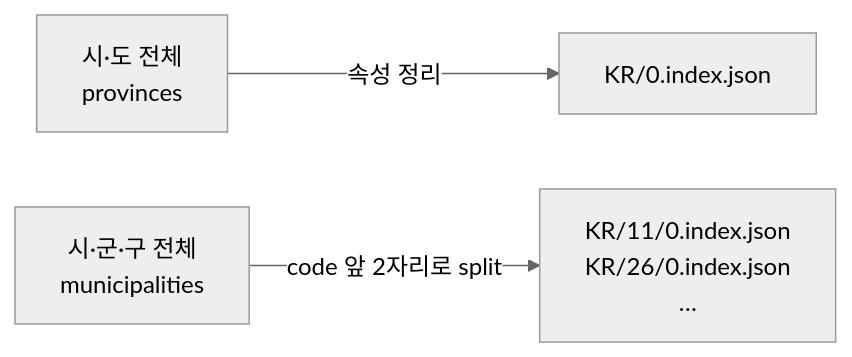
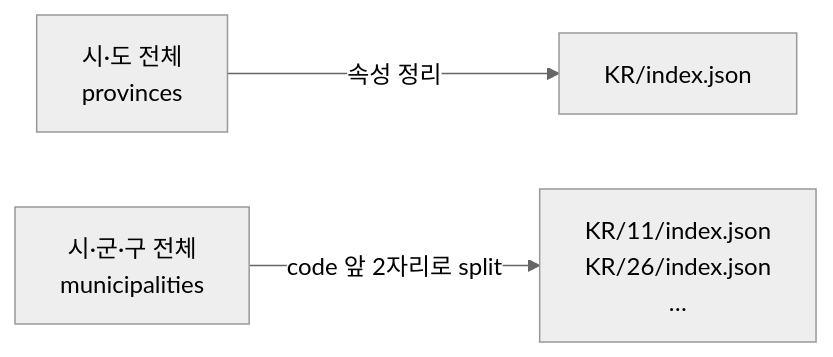
One commit to 1etterh/devlog changed the diagram in content/tools/gis/002_korea_admin_boundary_geojson.md. Above: the diagram before and after it, drawn with Mermaid (neutral theme). The commit also changed other lines of this file and 4 other files, not shown here.

Commit message:
tools/gis: geojson 시작점 파일 0.index.json 을 index.json 으로

````diff
--- a/content/tools/gis/002_korea_admin_boundary_geojson.md
+++ b/content/tools/gis/002_korea_admin_boundary_geojson.md
@@ -29,5 +29,5 @@
 ```mermaid
 flowchart LR
-    A[시·도 전체<br/>provinces] -->|속성 정리| B[KR/0.index.json]
-    C[시·군·구 전체<br/>municipalities] -->|"code 앞 2자리로 split"| D["KR/11/0.index.json<br/>KR/26/0.index.json<br/>…"]
+    A[시·도 전체<br/>provinces] -->|속성 정리| B[KR/index.json]
+    C[시·군·구 전체<br/>municipalities] -->|"code 앞 2자리로 split"| D["KR/11/index.json<br/>KR/26/index.json<br/>…"]
 ```
````
